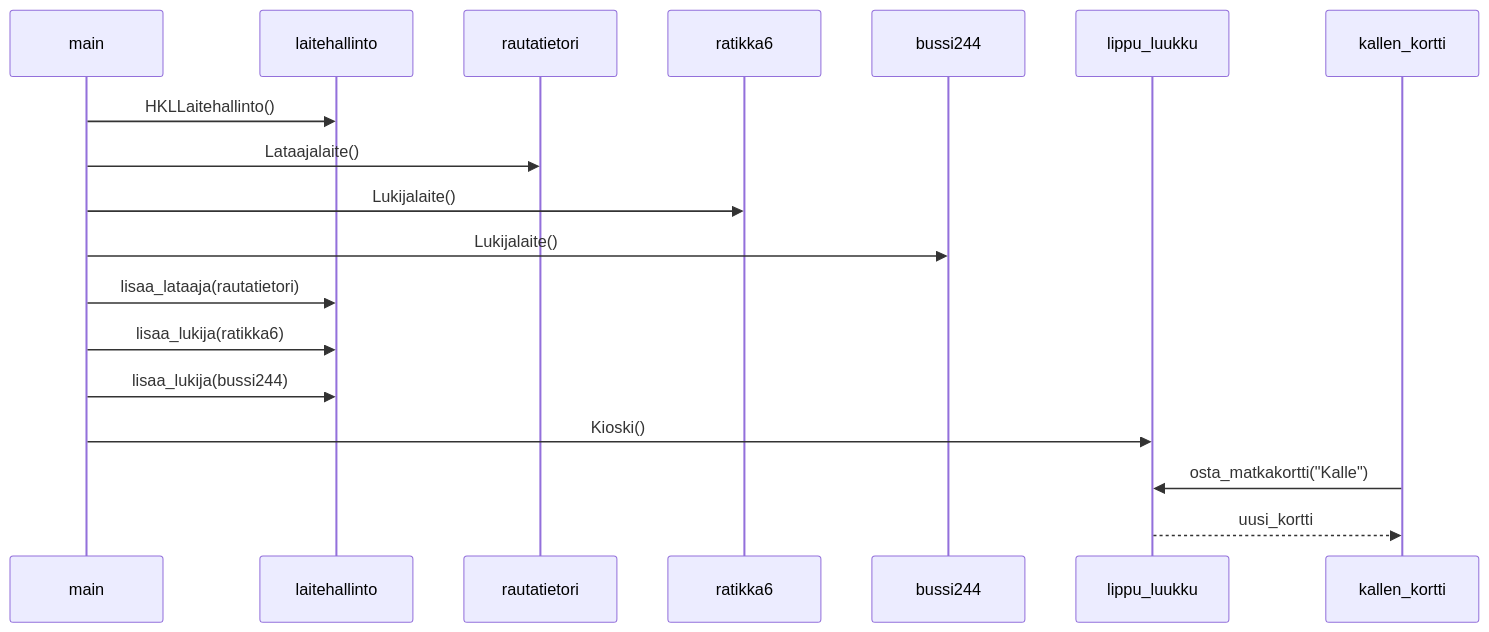
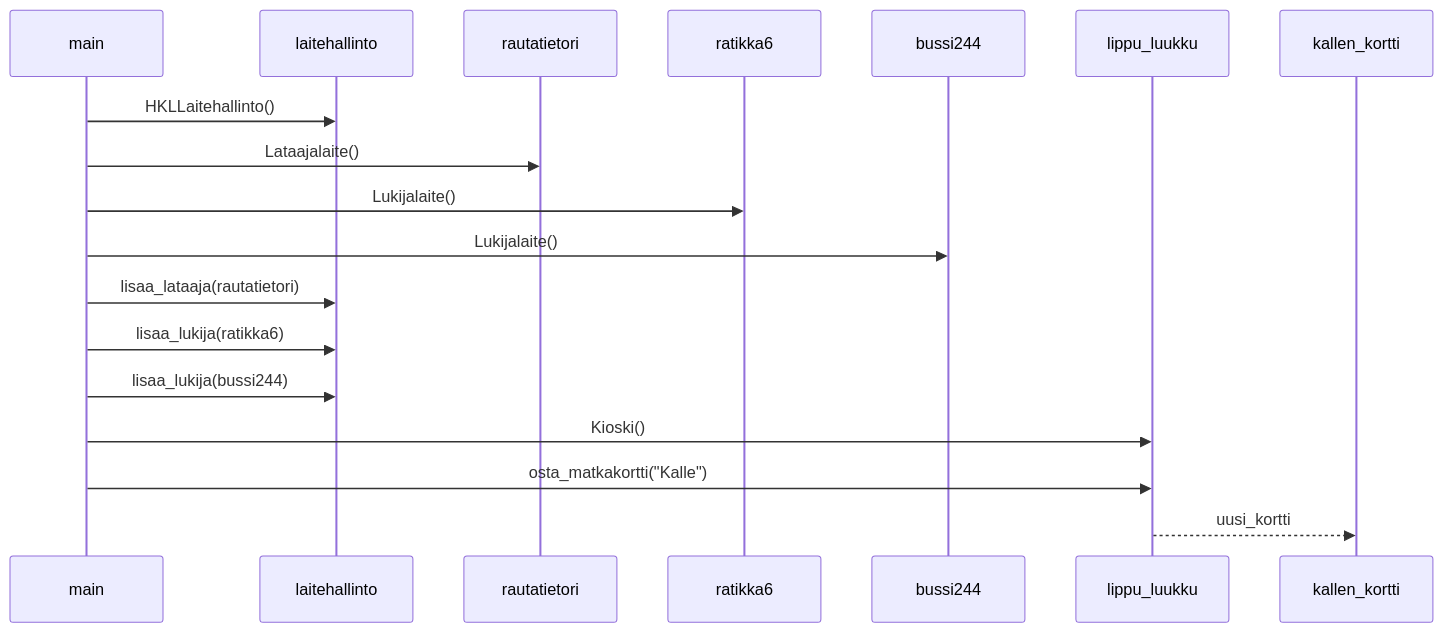
Before and after one commit to lenbie/Expense-Tracker-Project: the diagram in laskarit/viikko3/task4.md, drawn with Mermaid.

````diff
--- a/laskarit/viikko3/task4.md
+++ b/laskarit/viikko3/task4.md
@@ -1,14 +1,14 @@
 ```mermaid
   sequenceDiagram
   main->>laitehallinto: HKLLaitehallinto()
   main->>rautatietori: Lataajalaite()
   main->>ratikka6: Lukijalaite()
   main->>bussi244: Lukijalaite()
   main->>laitehallinto: lisaa_lataaja(rautatietori)
   main->>laitehallinto: lisaa_lukija(ratikka6)
   main->>laitehallinto: lisaa_lukija(bussi244)
   main->>lippu_luukku: Kioski()
-  kallen_kortti->>lippu_luukku: osta_matkakortti("Kalle")
+  main->>lippu_luukku: osta_matkakortti("Kalle")
   lippu_luukku-->>kallen_kortti: uusi_kortti
   
 ```
````
